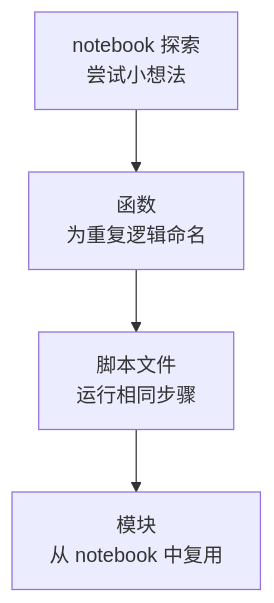
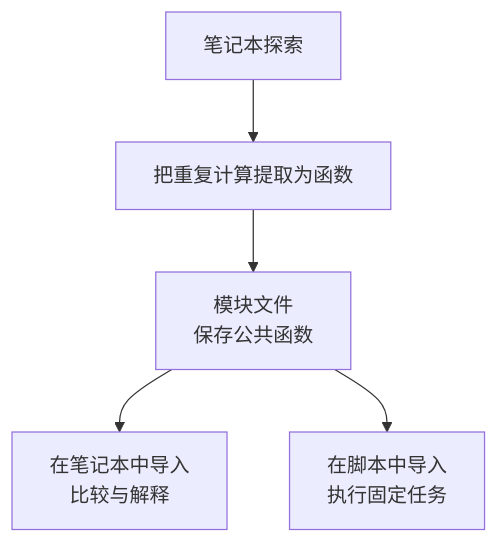
Before and after one commit to devchan64/AiBook: the diagram in docs/assets/part-02/chapter-10/notebook-to-module-flow-zh.mmd, drawn with Mermaid. The commit also changed 28 other files, not shown here.

Commit message:
docs: reinforce P2-10 notebooks and require Mermaid for suitable diagrams

```diff
--- a/docs/assets/part-02/chapter-10/notebook-to-module-flow-zh.mmd
+++ b/docs/assets/part-02/chapter-10/notebook-to-module-flow-zh.mmd
@@ -1,7 +1,9 @@
-flowchart TD
-  A["notebook 探索<br/>尝试小想法"]
-  B["函数<br/>为重复逻辑命名"]
-  C["脚本文件<br/>运行相同步骤"]
-  D["模块<br/>从 notebook 中复用"]
-
-  A --> B --> C --> D
+flowchart TB
+  A["笔记本探索"]
+  B["把重复计算提取为函数"]
+  C["模块文件<br/>保存公共函数"]
+  D["在笔记本中导入<br/>比较与解释"]
+  E["在脚本中导入<br/>执行固定任务"]
+  A --> B --> C
+  C --> D
+  C --> E
```
